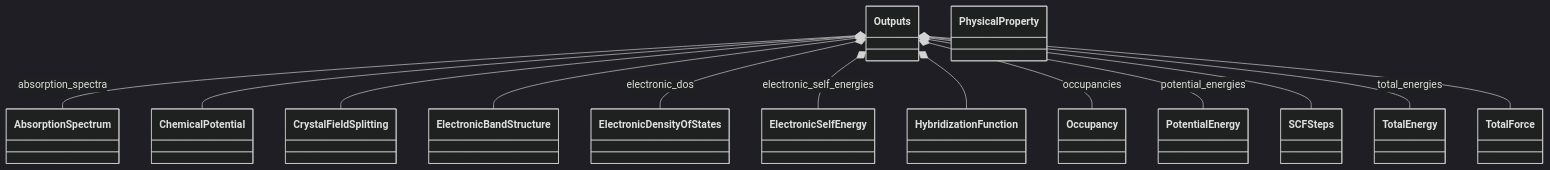
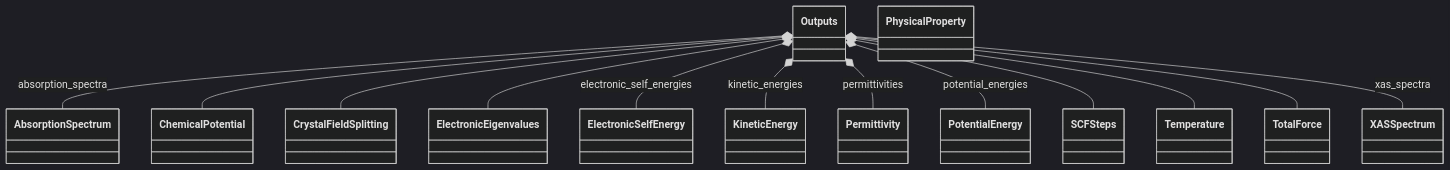
The first of 2 diagrams in docs/schema/outputs.diagram.md (FAIRmat-NFDI/nomad-simulations), drawn with Mermaid (dark theme) before and after one commit. The commit also changed 18 other files, not shown here.

Commit message:
add specialized workflow methods and results for diagram consistency, and later extension

````diff
--- a/docs/schema/outputs.diagram.md
+++ b/docs/schema/outputs.diagram.md
@@ -14,43 +14,43 @@
 ```mermaid
 classDiagram
     class AbsorptionSpectrum {
     }
     class ChemicalPotential {
     }
     class CrystalFieldSplitting {
     }
-    class ElectronicBandStructure {
-    }
-    class ElectronicDensityOfStates {
+    class ElectronicEigenvalues {
     }
     class ElectronicSelfEnergy {
     }
-    class HybridizationFunction {
-    }
-    class Occupancy {
+    class KineticEnergy {
     }
     class Outputs {
+    }
+    class Permittivity {
     }
     class PhysicalProperty {
     }
     class PotentialEnergy {
     }
     class SCFSteps {
     }
-    class TotalEnergy {
+    class Temperature {
     }
     class TotalForce {
+    }
+    class XASSpectrum {
     }
     Outputs *-- AbsorptionSpectrum : absorption_spectra
     Outputs *-- ChemicalPotential
     Outputs *-- CrystalFieldSplitting
-    Outputs *-- ElectronicBandStructure
-    Outputs *-- ElectronicDensityOfStates : electronic_dos
+    Outputs *-- ElectronicEigenvalues
     Outputs *-- ElectronicSelfEnergy : electronic_self_energies
-    Outputs *-- HybridizationFunction
-    Outputs *-- Occupancy : occupancies
+    Outputs *-- KineticEnergy : kinetic_energies
+    Outputs *-- Permittivity : permittivities
     Outputs *-- PotentialEnergy : potential_energies
     Outputs *-- SCFSteps
-    Outputs *-- TotalEnergy : total_energies
+    Outputs *-- Temperature
     Outputs *-- TotalForce
+    Outputs *-- XASSpectrum : xas_spectra
 ```
````
